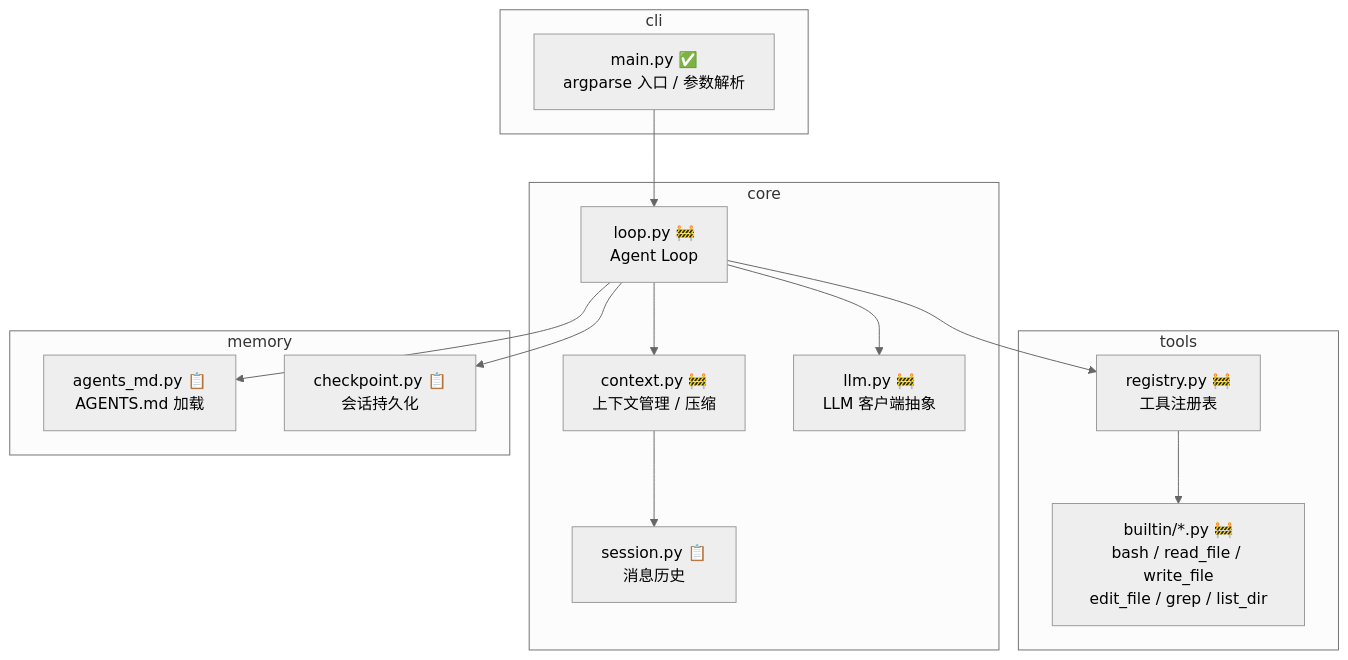
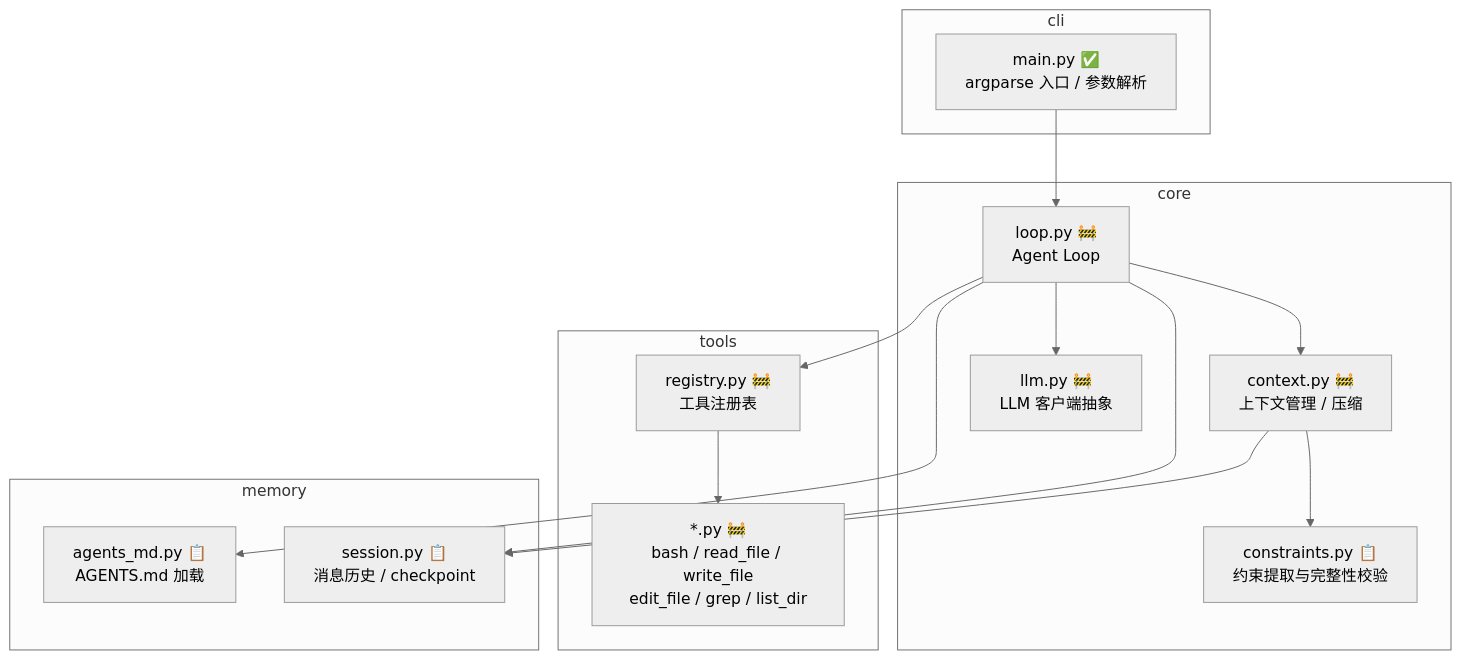
The first of 3 diagrams in docs/architecture.md (autumnieave/lite-coding-agent), drawn with Mermaid (neutral theme) before and after one commit. The commit also changed other lines of this file and 2 other files, not shown here.

Commit message:
docs: align module naming with roadmap

````diff
--- a/docs/architecture.md
+++ b/docs/architecture.md
@@ -10,28 +10,29 @@
 ```mermaid
 flowchart TB
     subgraph CLI["cli"]
         M["main.py ✅<br/>argparse 入口 / 参数解析"]
     end
     subgraph CORE["core"]
         L["loop.py 🚧<br/>Agent Loop"]
         C["context.py 🚧<br/>上下文管理 / 压缩"]
-        S["session.py 📋<br/>消息历史"]
+        CN["constraints.py 📋<br/>约束提取与完整性校验"]
         LM["llm.py 🚧<br/>LLM 客户端抽象"]
     end
     subgraph TOOLS["tools"]
         R["registry.py 🚧<br/>工具注册表"]
-        B["builtin/*.py 🚧<br/>bash / read_file / write_file<br/>edit_file / grep / list_dir"]
+        B["*.py 🚧<br/>bash / read_file / write_file<br/>edit_file / grep / list_dir"]
     end
     subgraph MEMORY["memory"]
         A["agents_md.py 📋<br/>AGENTS.md 加载"]
-        CP["checkpoint.py 📋<br/>会话持久化"]
+        S["session.py 📋<br/>消息历史 / checkpoint"]
     end
     M --> L
     L --> C
+    C --> CN
     L --> LM
     L --> R
     R --> B
     L --> A
-    L --> CP
+    L --> S
     C --> S
 ```
````
